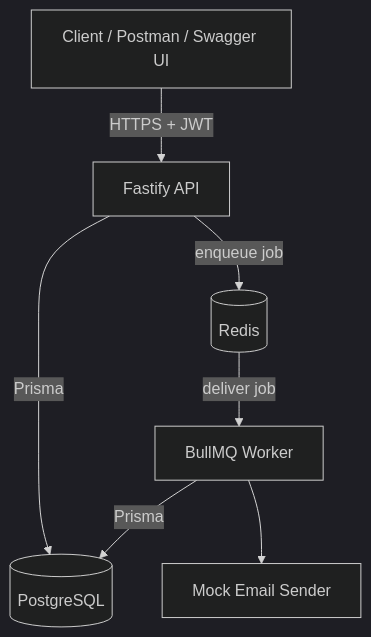
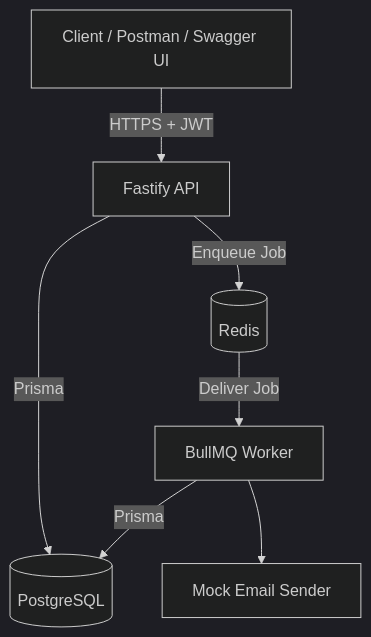
The first of 6 diagrams in backend/docs/architecture.md (mdShakil2004/taskflow), drawn with Mermaid (dark theme) before and after one commit. The commit also changed other lines of this file, not shown here.

````diff
--- a/backend/docs/architecture.md
+++ b/backend/docs/architecture.md
@@ -5,16 +5,16 @@
 ```mermaid
 flowchart TD
-    Client[Client / Postman / Swagger UI]
-    API[Fastify API]
-    PG[(PostgreSQL)]
-    Redis[(Redis)]
-    Worker[BullMQ Worker]
-    Email[Mock Email Sender]
+    Client["Client / Postman / Swagger UI"]
+    API["Fastify API"]
+    PG[("PostgreSQL")]
+    Redis[("Redis")]
+    Worker["BullMQ Worker"]
+    Email["Mock Email Sender"]
 
     Client -->|HTTPS + JWT| API
     API -->|Prisma| PG
-    API -->|enqueue job| Redis
-    Redis -->|deliver job| Worker
+    API -->|Enqueue Job| Redis
+    Redis -->|Deliver Job| Worker
     Worker -->|Prisma| PG
     Worker --> Email
 ```
````
